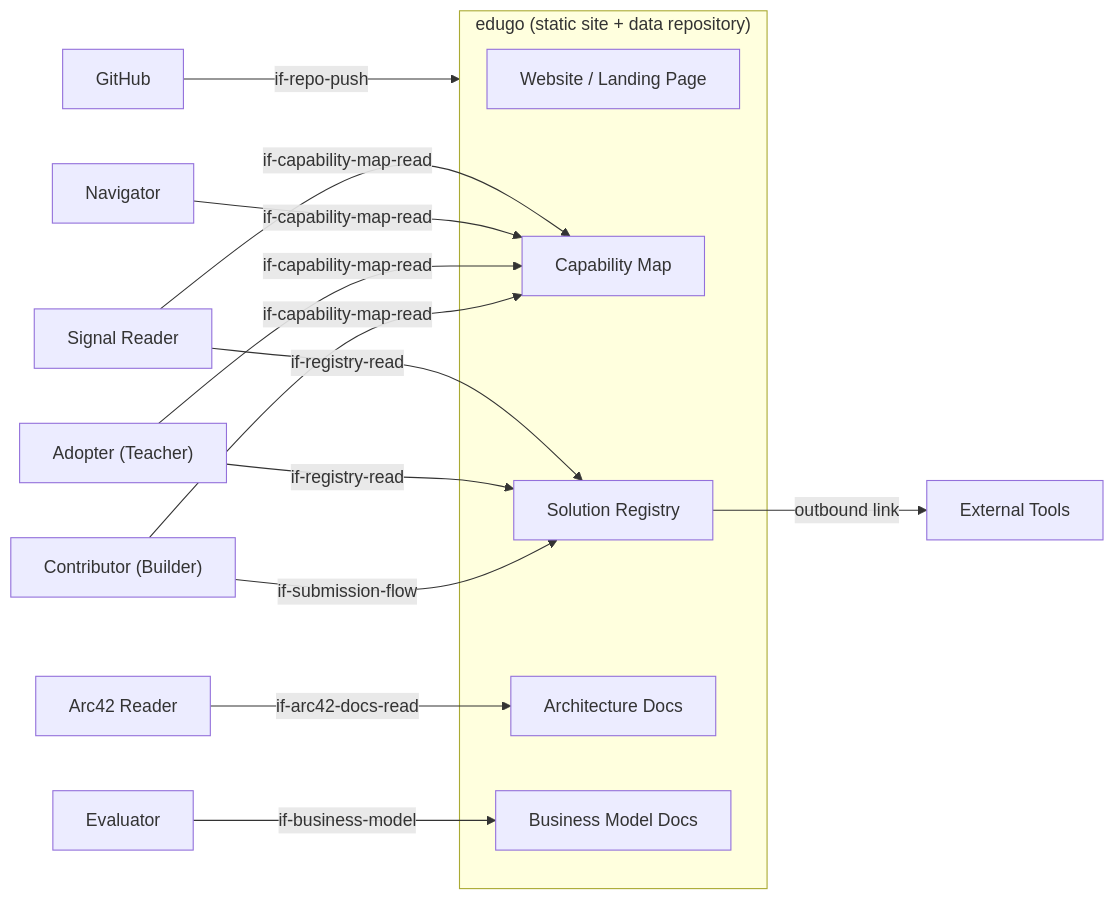
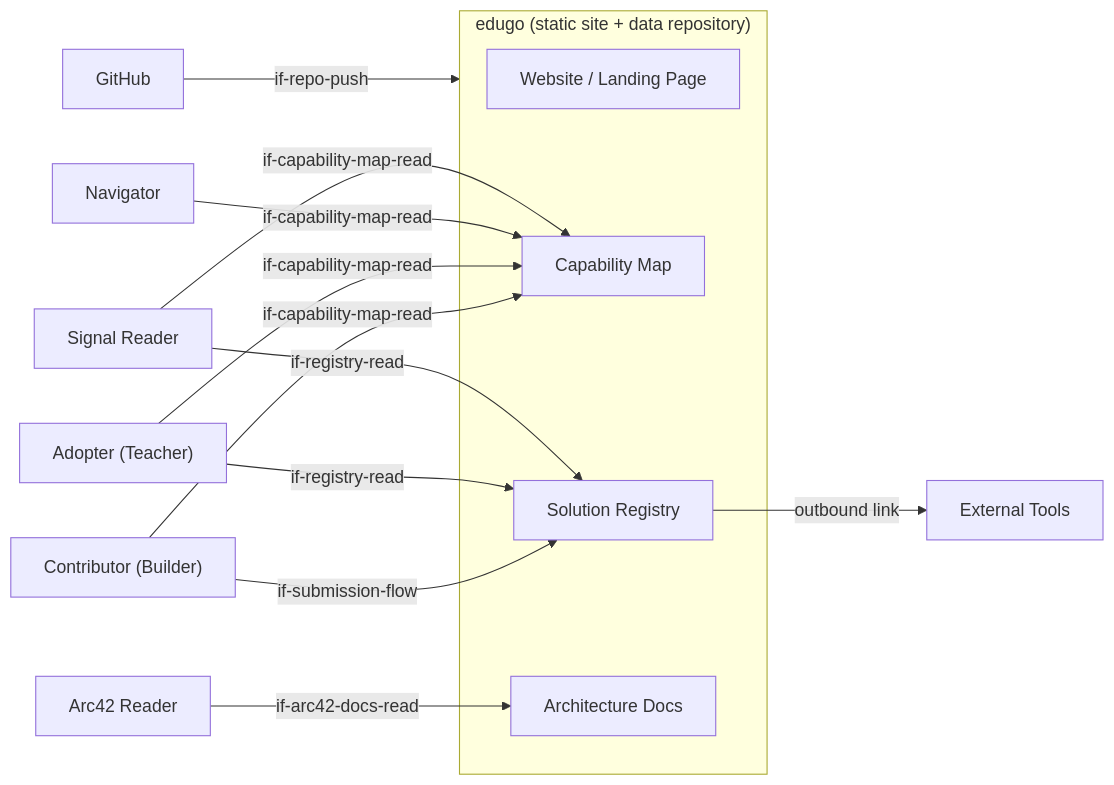
The diagram in docs/arc42/03-system-scope-and-context.arc42.md (lernapps/map), drawn with Mermaid before and after one commit. The commit also changed other lines of this file and 7 other files, not shown here.

First line of the commit message:
docs(arc42): make the imported architecture valid for the map repo

````diff
--- a/docs/arc42/03-system-scope-and-context.arc42.md
+++ b/docs/arc42/03-system-scope-and-context.arc42.md
@@ -158,22 +140,20 @@
 ```mermaid
 graph LR
   subgraph edugo["edugo (static site + data repository)"]
     bb_website["Website / Landing Page"]
     bb_cap["Capability Map"]
     bb_reg["Solution Registry"]
     bb_arc42["Architecture Docs"]
-    bb_biz42["Business Model Docs"]
   end
 
   actor_contributor["Contributor (Builder)"] -->|if-capability-map-read| bb_cap
   actor_contributor -->|if-submission-flow| bb_reg
   actor_adopter["Adopter (Teacher)"] -->|if-registry-read| bb_reg
   actor_adopter -->|if-capability-map-read| bb_cap
   actor_navigator["Navigator"] -->|if-capability-map-read| bb_cap
   actor_signal["Signal Reader"] -->|if-capability-map-read| bb_cap
   actor_signal -->|if-registry-read| bb_reg
   actor_arc42["Arc42 Reader"] -->|if-arc42-docs-read| bb_arc42
-  actor_evaluator["Evaluator"] -->|if-business-model| bb_biz42
   actor_github["GitHub"] -->|if-repo-push| edugo
   bb_reg -->|outbound link| actor_tools["External Tools"]
 ```
````
